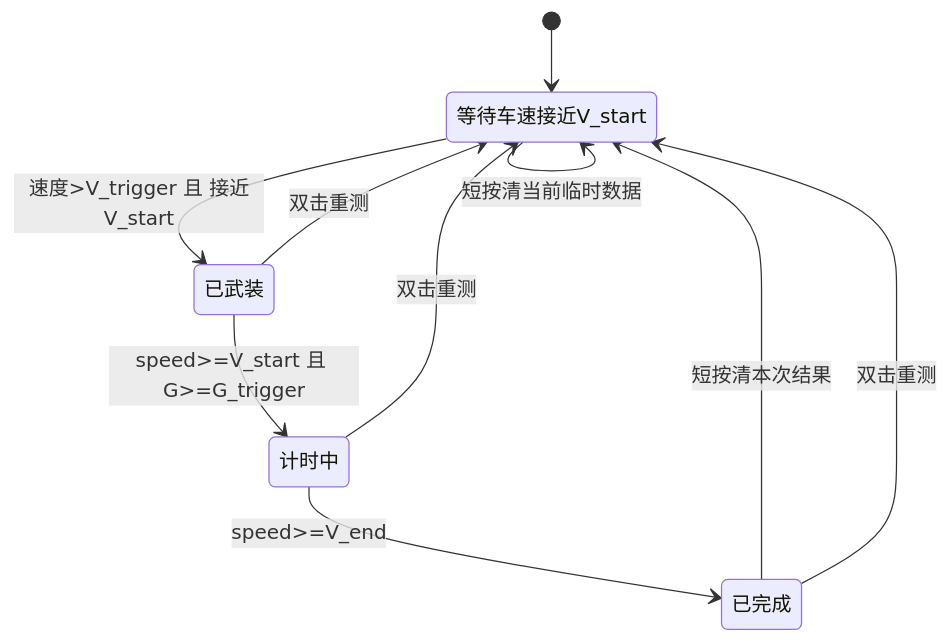
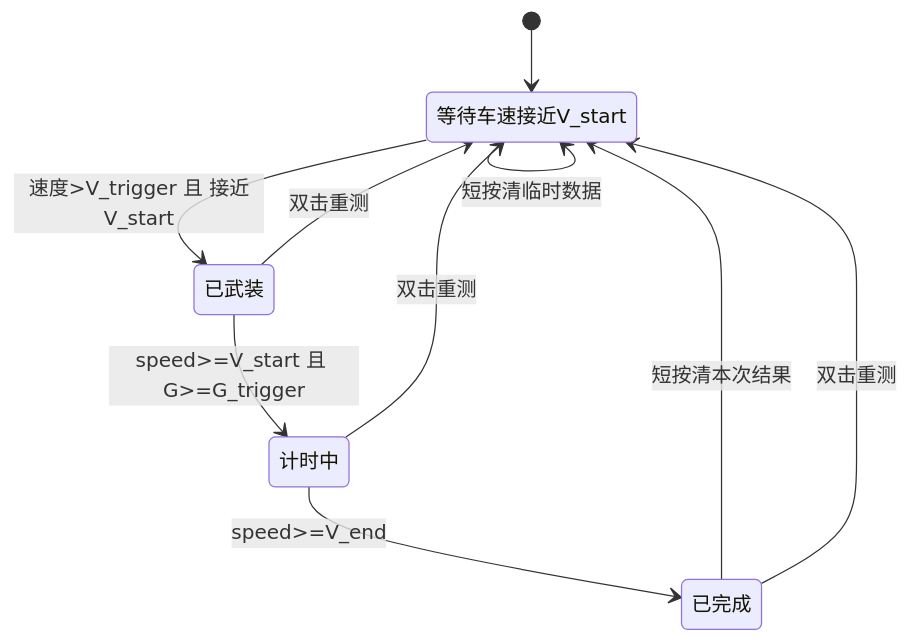
One commit to Tyrael0sun/ESP32_S3-GPS-9axis_SENSOR changed the third of 5 diagrams in README.md. Above: the diagram before and after it, drawn with Mermaid. The commit also changed other lines of this file, not shown here.

````diff
--- a/README.md
+++ b/README.md
@@ -1180,20 +1204,20 @@
 ```mermaid
 stateDiagram-v2
     [*] --> PGEAR_IDLE
 
     PGEAR_IDLE: 等待车速接近V_start
     PGEAR_ARMED: 已武装
     PGEAR_RUNNING: 计时中
     PGEAR_FINISHED: 已完成
 
     PGEAR_IDLE --> PGEAR_ARMED: 速度>V_trigger 且 接近V_start
     PGEAR_ARMED --> PGEAR_RUNNING: speed>=V_start 且 G>=G_trigger
     PGEAR_RUNNING --> PGEAR_FINISHED: speed>=V_end
 
     PGEAR_FINISHED --> PGEAR_IDLE: 短按清本次结果
-    PGEAR_IDLE --> PGEAR_IDLE: 短按清当前临时数据
+    PGEAR_IDLE --> PGEAR_IDLE: 短按清临时数据
 
     PGEAR_ARMED --> PGEAR_IDLE: 双击重测
     PGEAR_RUNNING --> PGEAR_IDLE: 双击重测
     PGEAR_FINISHED --> PGEAR_IDLE: 双击重测
 ```
````
